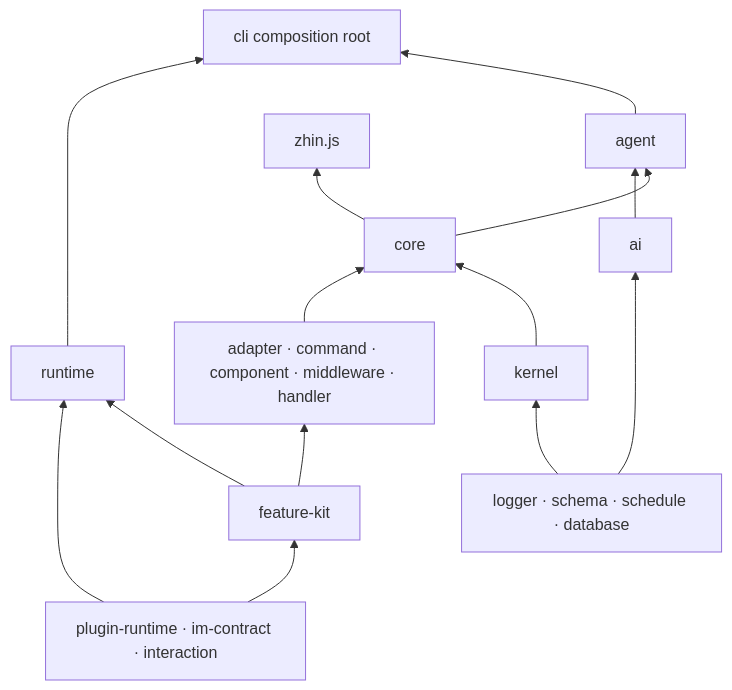
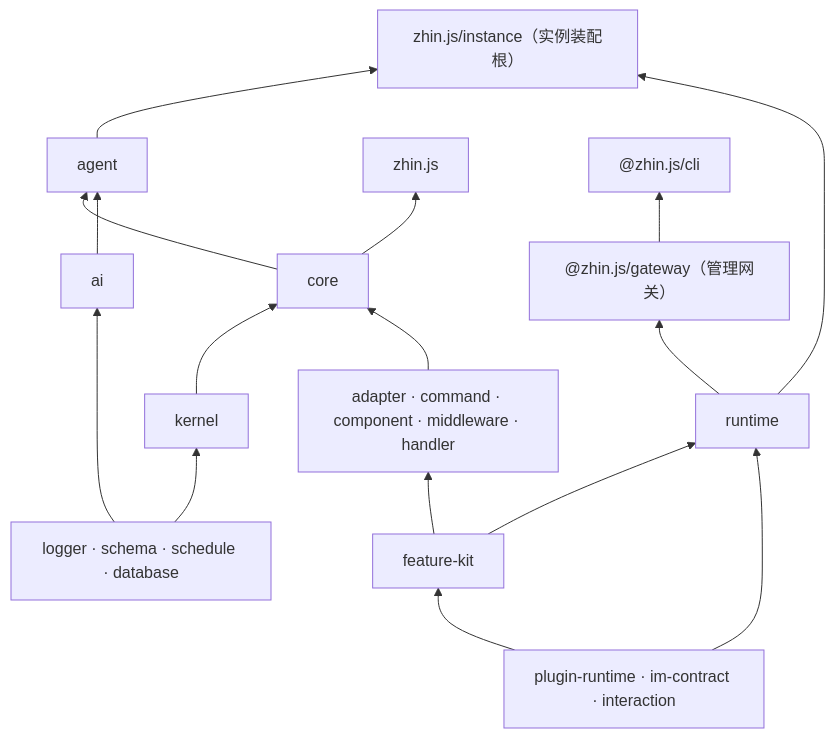
One commit to zhinjs/zhin changed the diagram in docs/contributing/repo-structure.md. Above: the diagram before and after it, drawn with Mermaid. The commit also changed other lines of this file and 612 other files, not shown here.

First line of the commit message:
refactor: split @zhin.js/gateway and move the composition root to zhin.js/instance (B1.-1)

````diff
--- a/docs/contributing/repo-structure.md
+++ b/docs/contributing/repo-structure.md
@@ -38,16 +38,18 @@
 ```mermaid
 flowchart BT
   contract["plugin-runtime · im-contract · interaction"] --> featureKit["feature-kit"]
   featureKit --> features["adapter · command · component · middleware · handler"]
   features --> core["core"]
   basic["logger · schema · schedule · database"] --> kernel["kernel"]
   kernel --> core
   basic --> ai["ai"]
   ai --> agent["agent"]
   core --> agent
   core --> zhin["zhin.js"]
   contract --> runtime["runtime"]
   featureKit --> runtime
-  runtime --> cli["cli composition root"]
-  agent --> cli
+  runtime --> instance["zhin.js/instance（实例装配根）"]
+  agent --> instance
+  runtime --> gateway["@zhin.js/gateway（管理网关）"]
+  gateway --> cli["@zhin.js/cli"]
 ```
````
